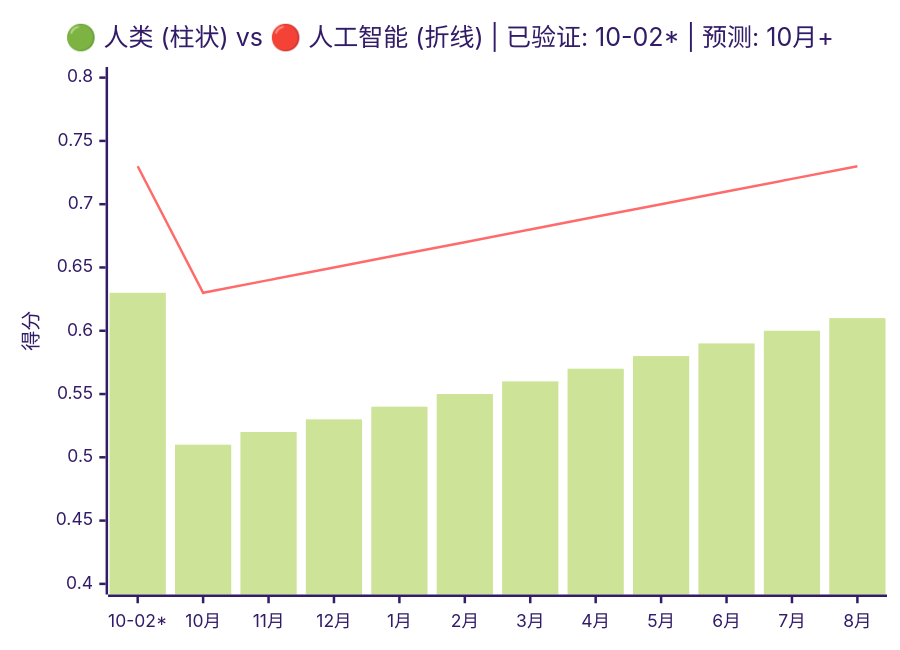
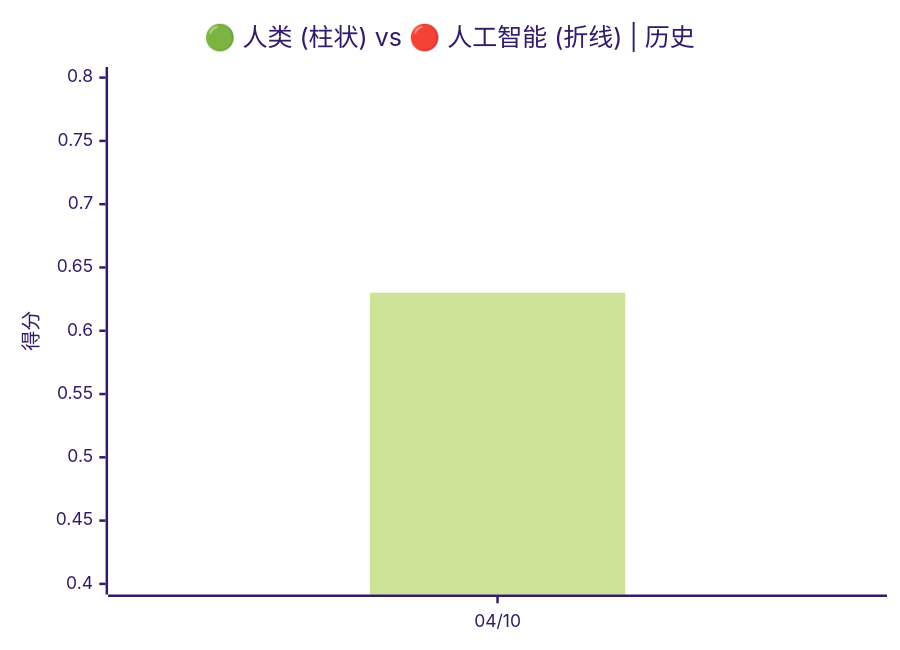
One commit to VQQLK/Human-AI-Monitor changed the first of 2 diagrams in README.zh.md. Above: the diagram before and after it, drawn with Mermaid (forest theme). The commit also changed other lines of this file and 4 other files, not shown here.

First line of the commit message:
feat(readme): history-based charts + /gap-history endpoint (#27)

````diff
--- a/README.zh.md
+++ b/README.zh.md
@@ -34,8 +33,8 @@
 ```mermaid
 xychart-beta
-    title "🟢 人类 (柱状) vs 🔴 人工智能 (折线) | 已验证: 10-02* | 预测: 10月+"
-    x-axis ["10-02*", "10月", "11月", "12月", "1月", "2月", "3月", "4月", "5月", "6月", "7月", "8月"]
+    title "🟢 人类 (柱状) vs 🔴 人工智能 (折线) | 历史"
+    x-axis ["04/10"]
     y-axis "得分" 0.40 --> 0.80
-    bar [0.63, 0.51, 0.52, 0.53, 0.54, 0.55, 0.56, 0.57, 0.58, 0.59, 0.60, 0.61]
-    line [0.73, 0.63, 0.64, 0.65, 0.66, 0.67, 0.68, 0.69, 0.70, 0.71, 0.72, 0.73]
+    bar [0.63]
+    line [0.73]
 ```
````
